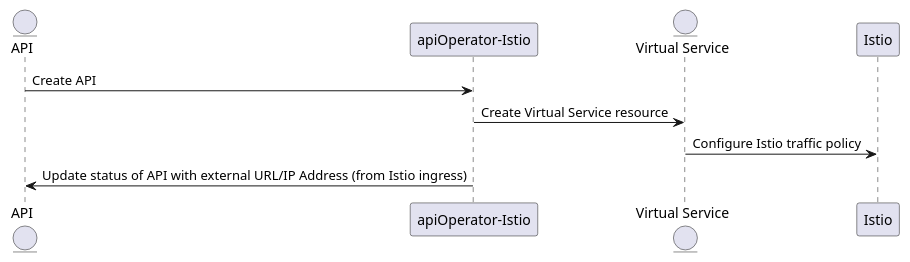
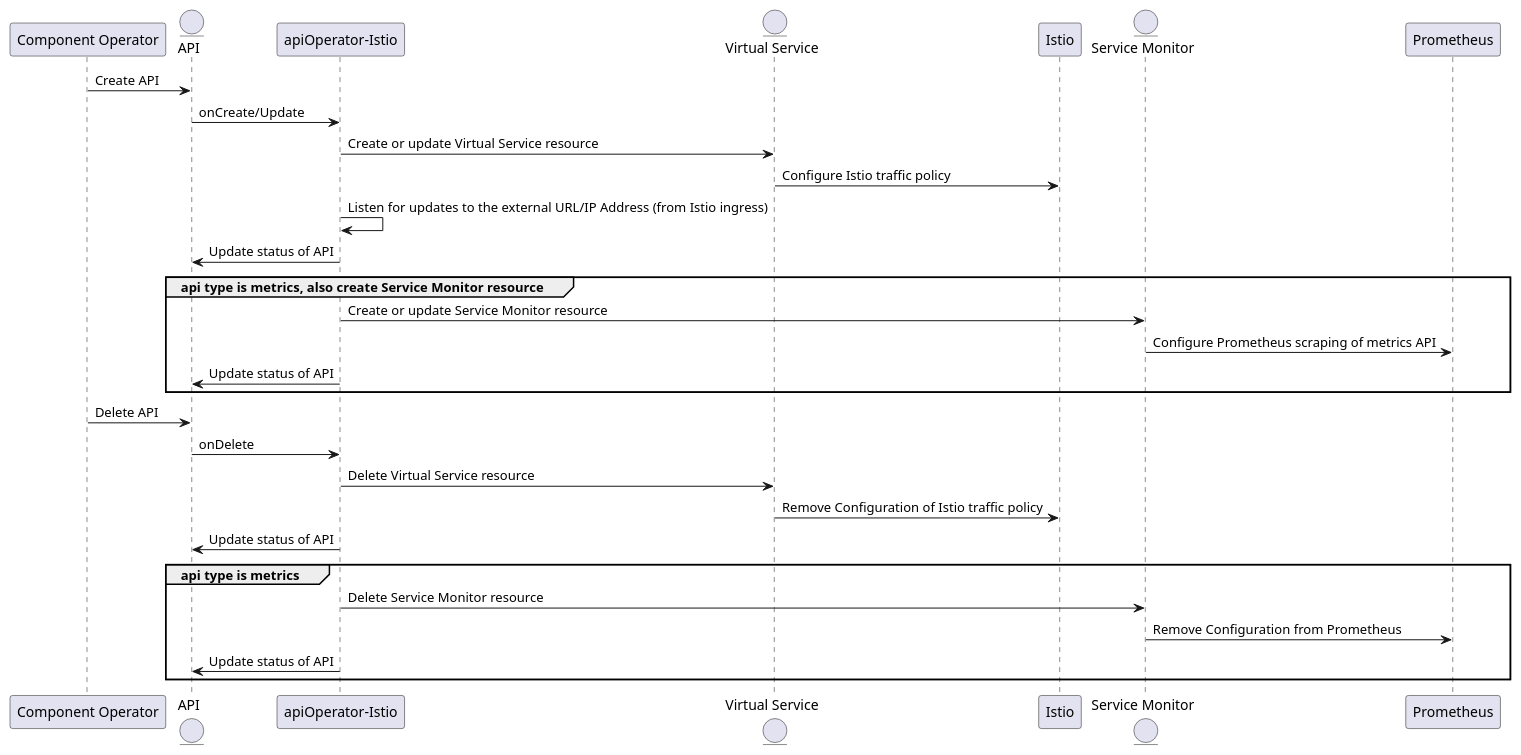
One commit to tmforum-oda/oda-canvas changed the diagram in oda-ca/controllers/apiOperatorIstio/sequenceDiagrams/apiOperatorIstio.puml. Above: the diagram before and after it, drawn with PlantUML. The commit also changed 3 other files, not shown here.

Commit message:
Improved the apiOperatorIstio documentation

```diff
--- a/oda-ca/controllers/apiOperatorIstio/sequenceDiagrams/apiOperatorIstio.puml
+++ b/oda-ca/controllers/apiOperatorIstio/sequenceDiagrams/apiOperatorIstio.puml
@@ -1,12 +1,33 @@
-    @startuml
+@startuml
 
+participant "Component Operator" as componentOperator
 entity API
 participant "apiOperator-Istio"
 entity "Virtual Service"
 participant Istio
+entity "Service Monitor"
+participant Prometheus
 
-API-> "apiOperator-Istio": Create API
-"apiOperator-Istio" -> "Virtual Service": Create Virtual Service resource
+componentOperator -> API: Create API
+API-> "apiOperator-Istio": onCreate/Update
+"apiOperator-Istio" -> "Virtual Service": Create or update Virtual Service resource
 "Virtual Service"-> Istio: Configure Istio traffic policy
-"apiOperator-Istio" -> API: Update status of API with external URL/IP Address (from Istio ingress)
+"apiOperator-Istio" -> "apiOperator-Istio": Listen for updates to the external URL/IP Address (from Istio ingress)
+"apiOperator-Istio" -> API: Update status of API 
+group api type is metrics, also create Service Monitor resource
+    "apiOperator-Istio" -> "Service Monitor": Create or update Service Monitor resource
+    "Service Monitor"-> Prometheus: Configure Prometheus scraping of metrics API
+    "apiOperator-Istio" -> API: Update status of API 
+end
+
+componentOperator -> API: Delete API
+API-> "apiOperator-Istio": onDelete
+"apiOperator-Istio" -> "Virtual Service": Delete Virtual Service resource
+"Virtual Service"-> Istio: Remove Configuration of Istio traffic policy
+"apiOperator-Istio" -> API: Update status of API 
+group api type is metrics
+    "apiOperator-Istio" -> "Service Monitor": Delete Service Monitor resource
+    "Service Monitor"-> Prometheus: Remove Configuration from Prometheus
+    "apiOperator-Istio" -> API: Update status of API 
+end
 @enduml
```
